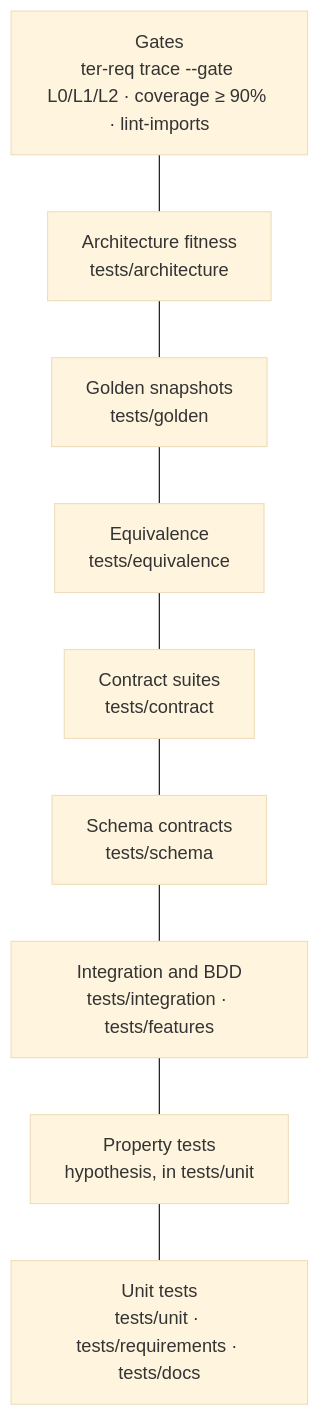
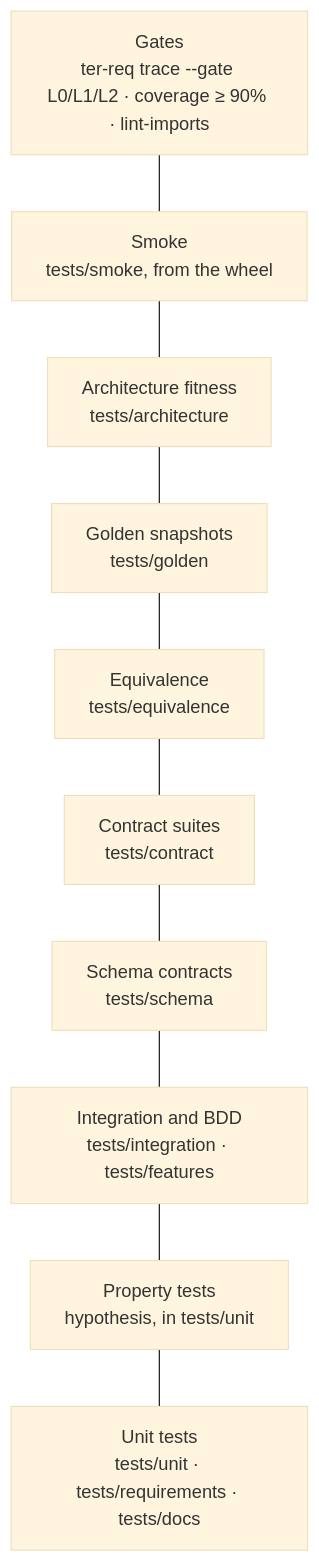
The diagram in docs/guides/testing.md (cplegendre/TER), drawn with Mermaid (base theme) before and after one commit. The commit also changed other lines of this file and 22 other files, not shown here.

````diff
--- a/docs/guides/testing.md
+++ b/docs/guides/testing.md
@@ -11,13 +11,14 @@
 ```mermaid
 flowchart TB
     G["Gates<br/>ter-req trace --gate L0/L1/L2 · coverage ≥ 90% · lint-imports"]
     A["Architecture fitness<br/>tests/architecture"]
     GO["Golden snapshots<br/>tests/golden"]
     EQ["Equivalence<br/>tests/equivalence"]
     C["Contract suites<br/>tests/contract"]
     S["Schema contracts<br/>tests/schema"]
+    SM["Smoke<br/>tests/smoke, from the wheel"]
     I["Integration and BDD<br/>tests/integration · tests/features"]
     P["Property tests<br/>hypothesis, in tests/unit"]
     U["Unit tests<br/>tests/unit · tests/requirements · tests/docs"]
-    G --- A --- GO --- EQ --- C --- S --- I --- P --- U
+    G --- SM --- A --- GO --- EQ --- C --- S --- I --- P --- U
 ```
````
